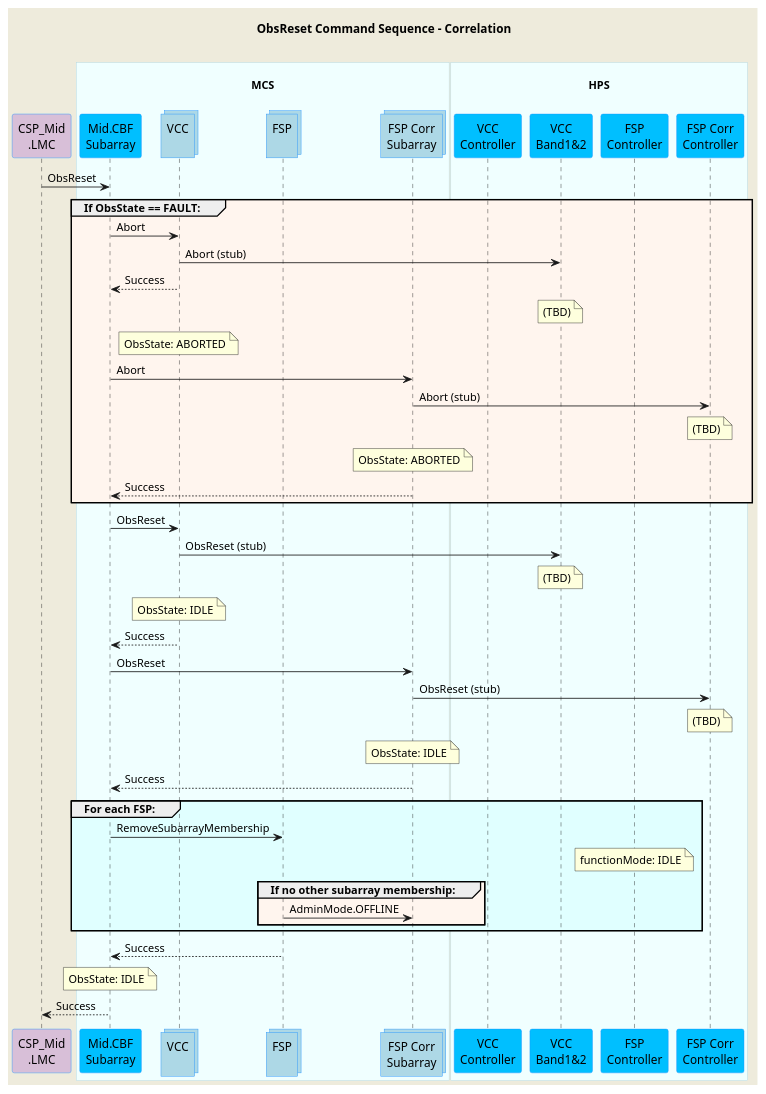
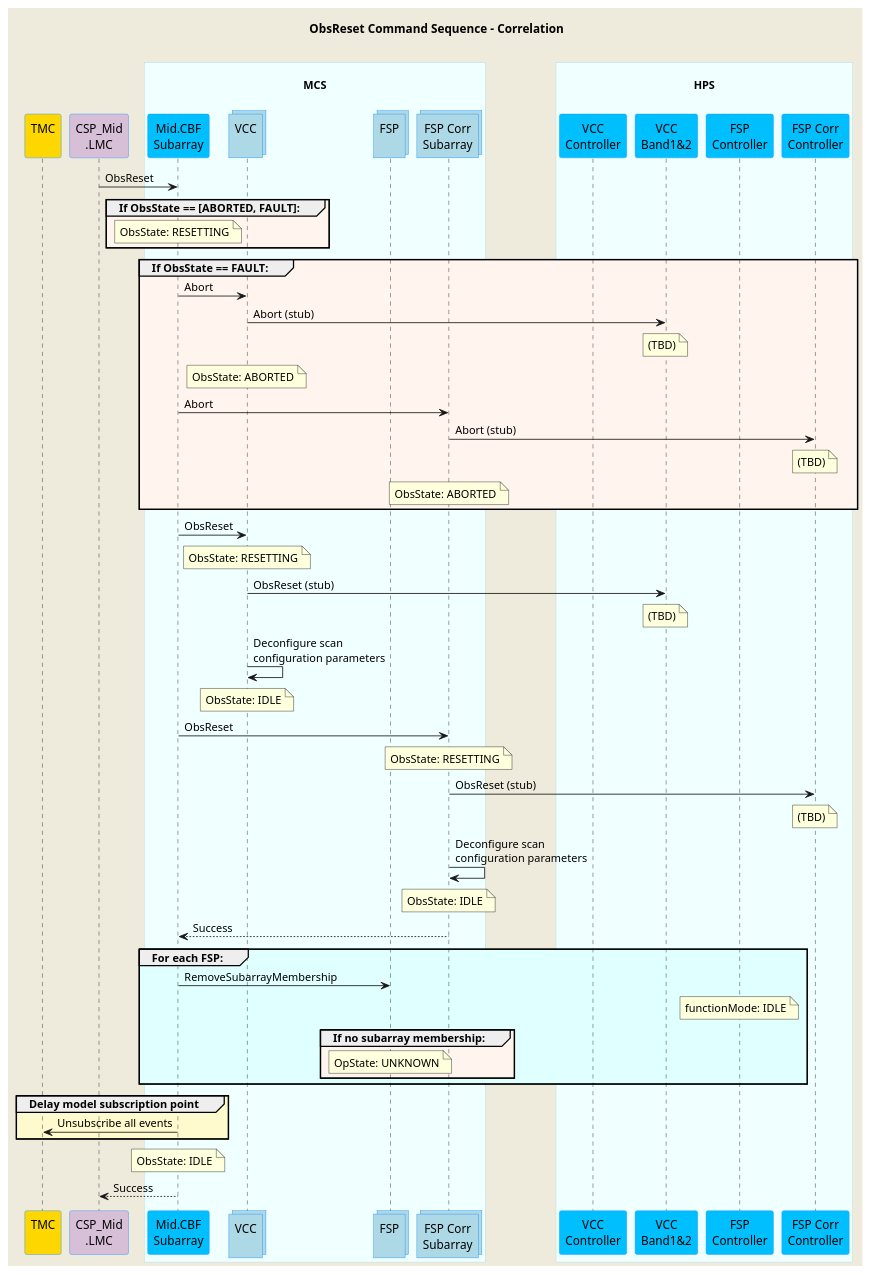
One commit to ska-telescope/mid-cbf-mcs changed the diagram in docs/src/diagrams/obsreset-command.puml. Above: the diagram before and after it, drawn with PlantUML. The commit also changed 9 other files, not shown here.

```diff
--- a/docs/src/diagrams/obsreset-command.puml
+++ b/docs/src/diagrams/obsreset-command.puml
@@ -1,79 +1,86 @@
 @startuml
 'https://plantuml.com/sequence-diagram
 
 skinparam backgroundColor #EEEBDC
 skinparam sequence {
   ParticipantBorderColor DodgerBlue
   ParticipantBackgroundColor DeepSkyBlue
   ActorBorderColor DarkGreen
   ActorBackgroundColor Green
   BoxBorderColor LightBlue
   BoxBackgroundColor #F0FFFF
 }
 skinparam collections {
   BackGroundColor LightBlue
   BorderColor DodgerBlue
 }
 skinparam database {
   BackgroundColor LightGreen
   BorderColor DarkGreen
 }
 
 title ObsReset Command Sequence - Correlation\n
 
+participant "TMC\n" as tmc #Gold
 participant "CSP_Mid\n.LMC" as lmc #Thistle
 box "\nMCS\n"
   participant "Mid.CBF\nSubarray" as subarray
   collections "VCC\n" as vcc
   collections "FSP\n" as fsp
   collections "FSP Corr\nSubarray" as fspsubarray
 end box
 box "\nHPS\n"
   participant "VCC\nController" as hpsvcc
   participant "VCC\nBand1&2" as hpsvccband
   participant "FSP\nController" as hpsfsp_cont  
   participant "FSP Corr\nController" as hpsfsp
 end box
 
 lmc         ->  subarray      : ObsReset
 
+group #SeaShell If ObsState == [ABORTED, FAULT]:
+  note over subarray           : ObsState: RESETTING
+end group
+
 group #SeaShell If ObsState == FAULT:
   subarray    ->  vcc           : Abort
   vcc         ->  hpsvccband    : Abort (stub)
-  subarray    <--  vcc          : Success
   note over hpsvccband          : (TBD)
   note over vcc                 : ObsState: ABORTED
   subarray    ->  fspsubarray   : Abort
   fspsubarray ->  hpsfsp        : Abort (stub)
   note over hpsfsp              : (TBD)
   note over fspsubarray         : ObsState: ABORTED
-  subarray    <--  fspsubarray  : Success
 end group
 
 subarray    ->  vcc           : ObsReset
+note over vcc                 : ObsState: RESETTING
 vcc         ->  hpsvccband    : ObsReset (stub)
 note over hpsvccband          : (TBD)
+vcc         ->  vcc           : Deconfigure scan\nconfiguration parameters 
 note over vcc                 : ObsState: IDLE
-subarray    <--  vcc          : Success
 
 subarray    ->  fspsubarray   : ObsReset
+note over fspsubarray         : ObsState: RESETTING
 fspsubarray ->  hpsfsp        : ObsReset (stub)
 note over hpsfsp              : (TBD)
+fspsubarray ->  fspsubarray   : Deconfigure scan\nconfiguration parameters
 note over fspsubarray         : ObsState: IDLE
 subarray    <--  fspsubarray  : Success
 
 group #LightCyan For each FSP:
-    subarray    -> fsp          : RemoveSubarrayMembership
-    note over hpsfsp_cont       : functionMode: IDLE
-    group #SeaShell If no other subarray membership:
-      fsp       ->  fspsubarray : AdminMode.OFFLINE
+    subarray    -> fsp        : RemoveSubarrayMembership
+    note over hpsfsp_cont     : functionMode: IDLE
+    group #SeaShell If no subarray membership:
+      note over fsp           : OpState: UNKNOWN
     end group
 end group
 
-subarray    <--  fsp          : Success
+group #LemonChiffon Delay model subscription point
+    subarray    -> tmc        : Unsubscribe all events
+end group
 
 note over subarray            : ObsState: IDLE
 lmc        <--  subarray      : Success
 
-
 @enduml
```
